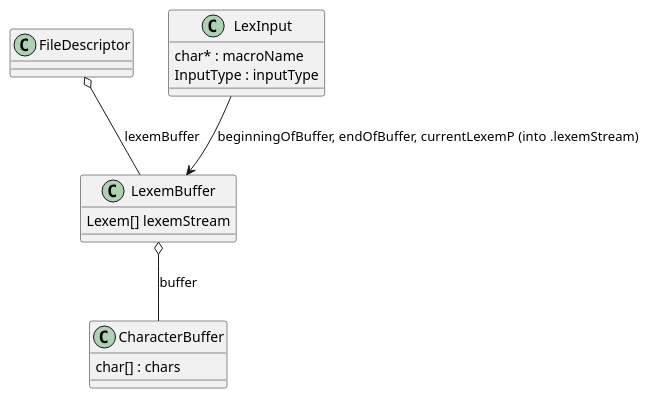
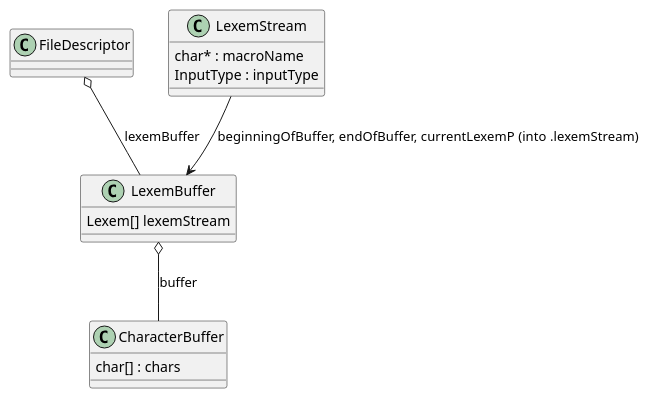
One commit to thoni56/c-xrefactory changed the second of 2 diagrams in doc/docs/10-datastructures.adoc. Above: the diagram before and after it, drawn with PlantUML. The commit also changed other lines of this file and 6 other files, not shown here.

Commit message:
[tidy] Rename LexInput to LexemStream in preparation for both read/write

```diff
--- a/doc/docs/10-datastructures.adoc
+++ b/doc/docs/10-datastructures.adoc
@@ -56,21 +56,21 @@
 [plantuml, buffer, png]
 ....
 class FileDescriptor {
 }
 FileDescriptor o-- LexemBuffer : lexemBuffer
 
 class LexemBuffer {
   Lexem[] lexemStream
 }
 LexemBuffer o-- CharacterBuffer : buffer
 
 class CharacterBuffer {
   char[] : chars
 }
 
-class LexInput {
+class LexemStream {
   char* : macroName
   InputType : inputType
 }
-LexInput --> LexemBuffer : beginningOfBuffer, endOfBuffer, currentLexemP (into .lexemStream)
+LexemStream --> LexemBuffer : beginningOfBuffer, endOfBuffer, currentLexemP (into .lexemStream)
 ....
```
